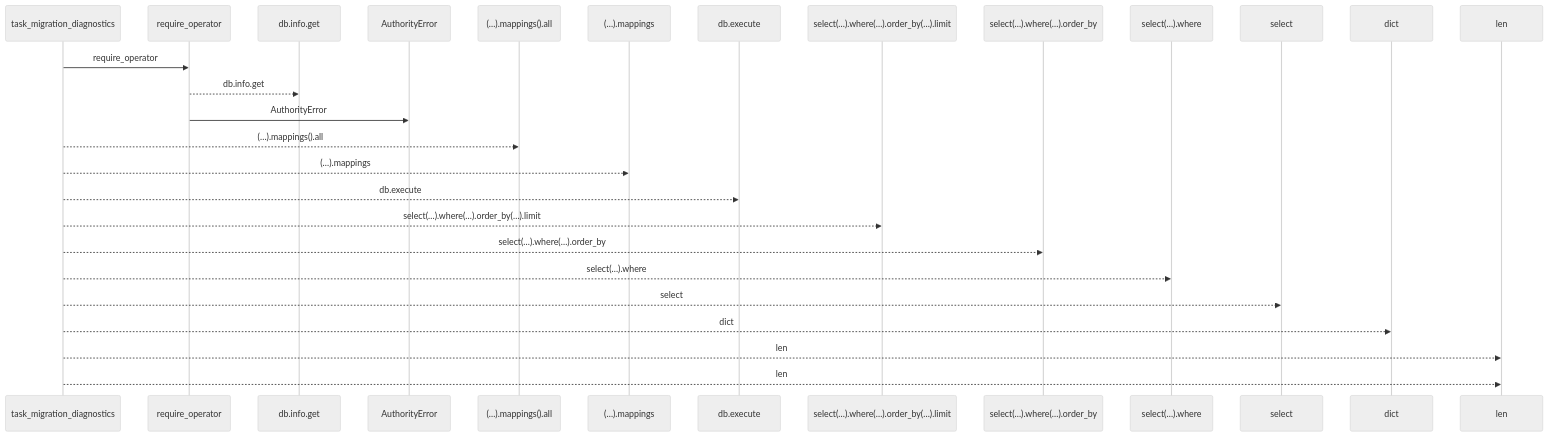
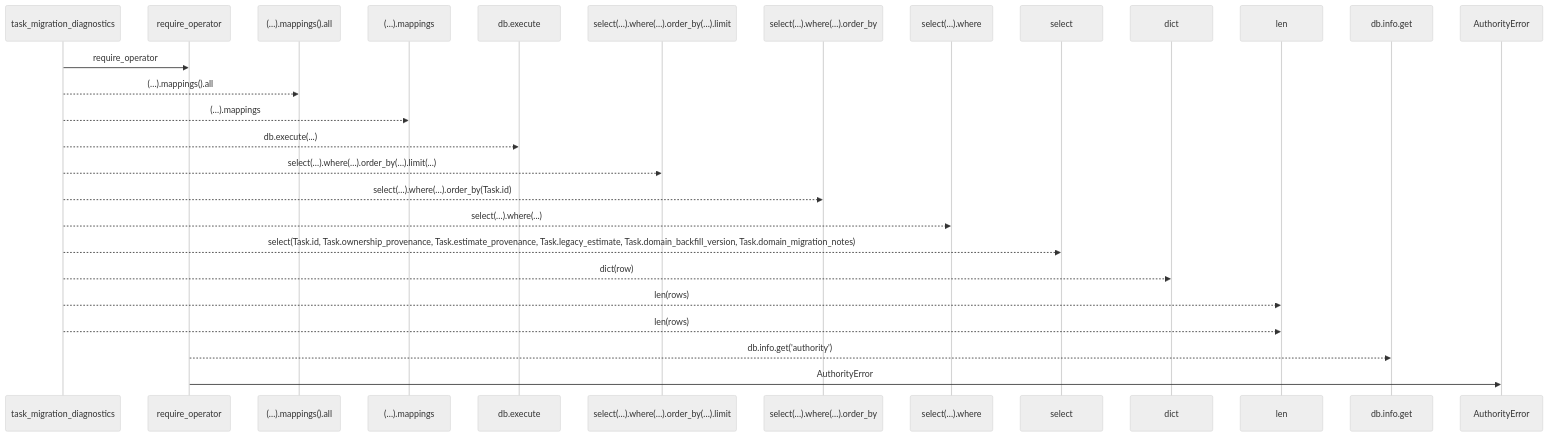
The first of 2 diagrams in docs/llm_wiki/flows/http-task_migration_diagnostics.md (Denissvgn/WorkChord), drawn with Mermaid (neutral theme) before and after one commit. The commit also changed other lines of this file and 25171 other files, not shown here.

````diff
--- a/docs/llm_wiki/flows/http-task_migration_diagnostics.md
+++ b/docs/llm_wiki/flows/http-task_migration_diagnostics.md
@@ -10,29 +12,29 @@
 ```mermaid
 sequenceDiagram
     participant p0 as task_migration_diagnostics
     participant p1 as require_operator
-    participant p2 as db.info.get
-    participant p3 as AuthorityError
-    participant p4 as (…).mappings().all
-    participant p5 as (…).mappings
-    participant p6 as db.execute
-    participant p7 as select(…).where(…).order_by(…).limit
-    participant p8 as select(…).where(…).order_by
-    participant p9 as select(…).where
-    participant p10 as select
-    participant p11 as dict
-    participant p12 as len
+    participant p2 as (…).mappings().all
+    participant p3 as (…).mappings
+    participant p4 as db.execute
+    participant p5 as select(…).where(…).order_by(…).limit
+    participant p6 as select(…).where(…).order_by
+    participant p7 as select(…).where
+    participant p8 as select
+    participant p9 as dict
+    participant p10 as len
+    participant p11 as db.info.get
+    participant p12 as AuthorityError
     p0->>p1: require_operator
-    p1-->>p2: db.info.get
-    p1->>p3: AuthorityError
-    p0-->>p4: (…).mappings().all
-    p0-->>p5: (…).mappings
-    p0-->>p6: db.execute
-    p0-->>p7: select(…).where(…).order_by(…).limit
-    p0-->>p8: select(…).where(…).order_by
-    p0-->>p9: select(…).where
-    p0-->>p10: select
-    p0-->>p11: dict
-    p0-->>p12: len
-    p0-->>p12: len
+    p0-->>p2: (…).mappings().all
+    p0-->>p3: (…).mappings
+    p0-->>p4: db.execute(...)
+    p0-->>p5: select(…).where(…).order_by(…).limit(...)
+    p0-->>p6: select(…).where(…).order_by(Task.id)
+    p0-->>p7: select(…).where(...)
+    p0-->>p8: select(Task.id, Task.ownership_provenance, Task.estimate_provenance, Task.legacy_estimate, Task.domain_backfill_version, Task.domain_migration_notes)
+    p0-->>p9: dict(row)
+    p0-->>p10: len(rows)
+    p0-->>p10: len(rows)
+    p1-->>p11: db.info.get('authority')
+    p1->>p12: AuthorityError
 ```
````
